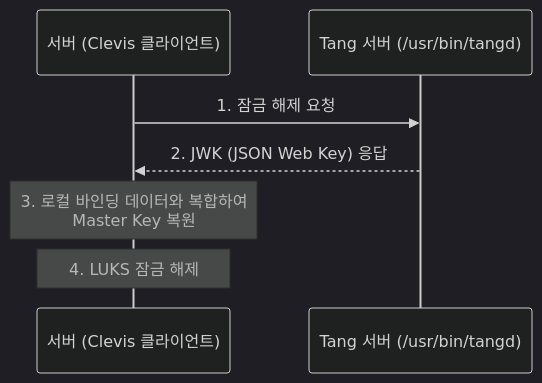
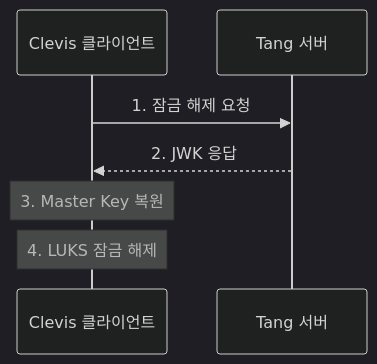
The eighth of 9 diagrams in content/linux/linux-security/luks-dm-crypt.md (moonblueblue/devops-wiki), drawn with Mermaid (dark theme) before and after one commit. The commit also changed other lines of this file and 37 other files, not shown here.

First line of the commit message:
style: linux 카테고리 ASCII 도표·Mermaid 라벨 형식 교정

````diff
--- a/content/linux/linux-security/luks-dm-crypt.md
+++ b/content/linux/linux-security/luks-dm-crypt.md
@@ -669,10 +709,10 @@
 ```mermaid
 sequenceDiagram
-    participant C as 서버 (Clevis 클라이언트)
-    participant T as Tang 서버 (/usr/bin/tangd)
+    participant C as Clevis 클라이언트
+    participant T as Tang 서버
 
     C->>T: 1. 잠금 해제 요청
-    T-->>C: 2. JWK (JSON Web Key) 응답
-    Note over C: 3. 로컬 바인딩 데이터와 복합하여<br/>Master Key 복원
+    T-->>C: 2. JWK 응답
+    Note over C: 3. Master Key 복원
     Note over C: 4. LUKS 잠금 해제
 ```
````
